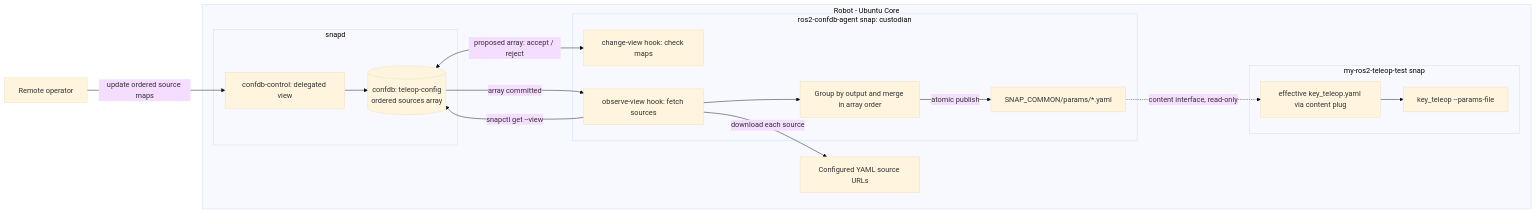
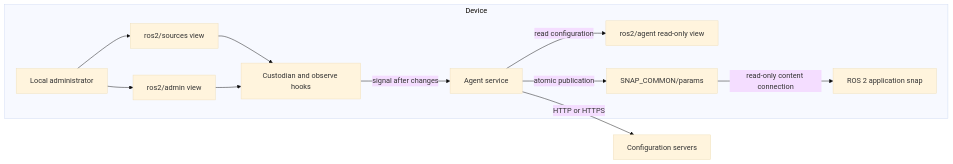
The diagram in README.md (mehranrahmanzadeh/ros2-confdb-poc), drawn with Mermaid (base theme) before and after one commit. The commit also changed other lines of this file and 39 other files, not shown here.

Commit message:
Add ros2-confdb-agent snap

````diff
--- a/README.md
+++ b/README.md
@@ -47,36 +11,22 @@
 ```mermaid
 flowchart LR
-    Operator[Remote operator]
-    Sources[Configured YAML source URLs]
-
-    subgraph Robot[Robot - Ubuntu Core]
-        subgraph snapd
-            Ctrl[confdb-control: delegated view]
-            DB[(confdb: teleop-config<br/>ordered sources array)]
-        end
-
-        subgraph Bridge[ros2-confdb-agent snap: custodian]
-            Change[change-view hook: check maps]
-            Observe[observe-view hook: fetch sources]
-            Merge[Group by output and merge in array order]
-            Out[SNAP_COMMON/params/*.yaml]
-        end
-
-        subgraph App[my-ros2-teleop-test snap]
-            Params[effective key_teleop.yaml via content plug]
-            Node[key_teleop --params-file]
-        end
-
-        Ctrl --> DB
-        DB <-->|proposed array: accept / reject| Change
-        DB -->|array committed| Observe
-        Observe -->|snapctl get --view| DB
-        Observe -->|download each source| Sources
-        Observe --> Merge
-        Merge -->|atomic publish| Out
-        Out -.->|content interface, read-only| Params
-        Params --> Node
+    Operator[Local administrator]
+    subgraph Device
+      SourcesView[ros2/sources view]
+      AdminView[ros2/admin view]
+      AgentView[ros2/agent read-only view]
+      Hooks[Custodian and observe hooks]
+      Service[Agent service]
+      Files[SNAP_COMMON/params]
+      App[ROS 2 application snap]
+      Operator --> SourcesView
+      Operator --> AdminView
+      SourcesView --> Hooks
+      AdminView --> Hooks
+      Hooks -->|signal after changes| Service
+      Service -->|read configuration| AgentView
+      Service -->|atomic publication| Files
+      Files -->|read-only content connection| App
     end
-
-    Operator -->|update ordered source maps| Ctrl
+    Service -->|HTTP or HTTPS| Servers[Configuration servers]
 ```
````
